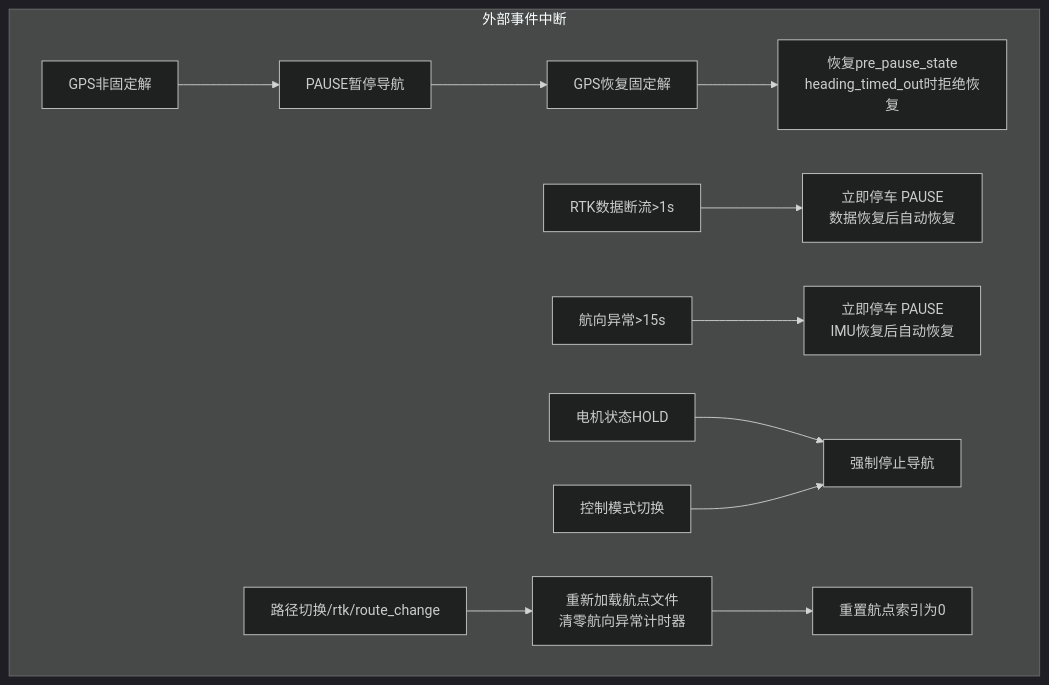
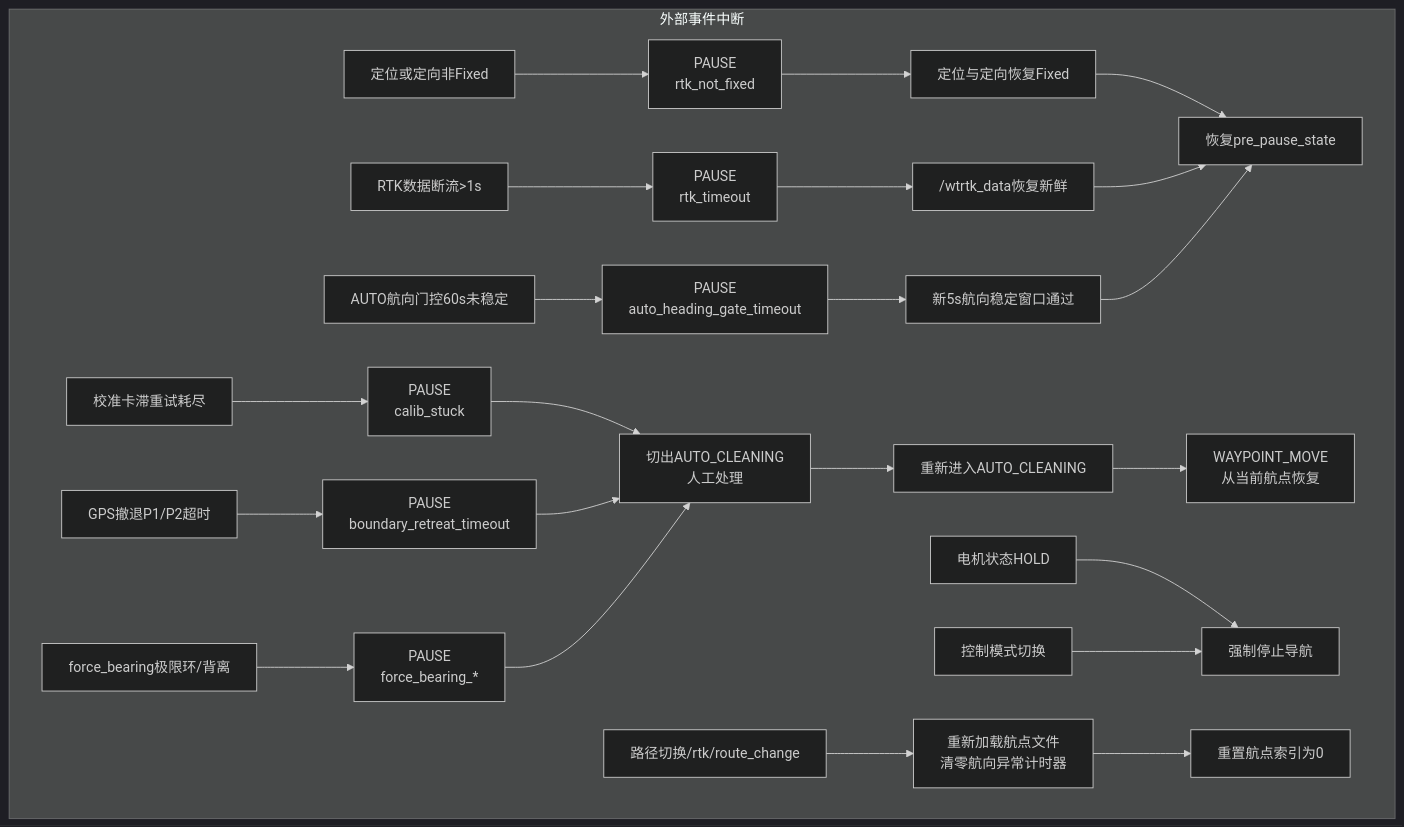
Before and after one commit to J123123-oss/robot_cleaning: the third of 9 diagrams in README.md, drawn with Mermaid (dark theme). The commit also changed other lines of this file and 2 other files, not shown here.

Commit message:
fix: route locked calibration to gps retreat

````diff
--- a/README.md
+++ b/README.md
@@ -133,13 +133,23 @@
 ```mermaid
 graph TD
     subgraph 外部事件中断
-        GPS_NONFIX["GPS非固定解"] --> PAUSE["PAUSE暂停导航"]
-        PAUSE --> GPS_FIX["GPS恢复固定解"] --> RESUME["恢复pre_pause_state<br/>heading_timed_out时拒绝恢复"]
-        RTK_TIMEOUT["RTK数据断流>1s"] --> PAUSE_STOP["立即停车 PAUSE<br/>数据恢复后自动恢复"]
-        HDG_TIMEOUT["航向异常>15s"] --> PAUSE_STOP2["立即停车 PAUSE<br/>IMU恢复后自动恢复"]
+        GPS_NONFIX["定位或定向非Fixed"] --> PAUSE_AUTO["PAUSE<br/>rtk_not_fixed"]
+        RTK_TIMEOUT["RTK数据断流>1s"] --> PAUSE_AUTO2["PAUSE<br/>rtk_timeout"]
+        HDG_GATE_TIMEOUT["AUTO航向门控60s未稳定"] --> PAUSE_AUTO3["PAUSE<br/>auto_heading_gate_timeout"]
+        PAUSE_AUTO --> GPS_FIX["定位与定向恢复Fixed"] --> RESUME["恢复pre_pause_state"]
+        PAUSE_AUTO2 --> RTK_FRESH["/wtrtk_data恢复新鲜"] --> RESUME
+        PAUSE_AUTO3 --> HDG_STABLE["新5s航向稳定窗口通过"] --> RESUME
+
+        CALIB_STUCK["校准卡滞重试耗尽"] --> PAUSE_MANUAL["PAUSE<br/>calib_stuck"]
+        RETREAT_TIMEOUT["GPS撤退P1/P2超时"] --> PAUSE_MANUAL2["PAUSE<br/>boundary_retreat_timeout"]
+        FORCE_LIMIT["force_bearing极限环/背离"] --> PAUSE_MANUAL3["PAUSE<br/>force_bearing_* "]
+        PAUSE_MANUAL --> TAKEOVER["切出AUTO_CLEANING<br/>人工处理"]
+        PAUSE_MANUAL2 --> TAKEOVER
+        PAUSE_MANUAL3 --> TAKEOVER
+        TAKEOVER --> REENTER_AUTO["重新进入AUTO_CLEANING"] --> RESUME_WP["WAYPOINT_MOVE<br/>从当前航点恢复"]
         HOLD["电机状态HOLD"] --> STOP_NAV["强制停止导航"]
         MODE_SWITCH["控制模式切换"] --> STOP_NAV
         ROUTE_CHANGE["路径切换/rtk/route_change"] --> RELOAD["重新加载航点文件<br/>清零航向异常计时器"]
         RELOAD --> RESET_IDX["重置航点索引为0"]
     end
 ```
````
